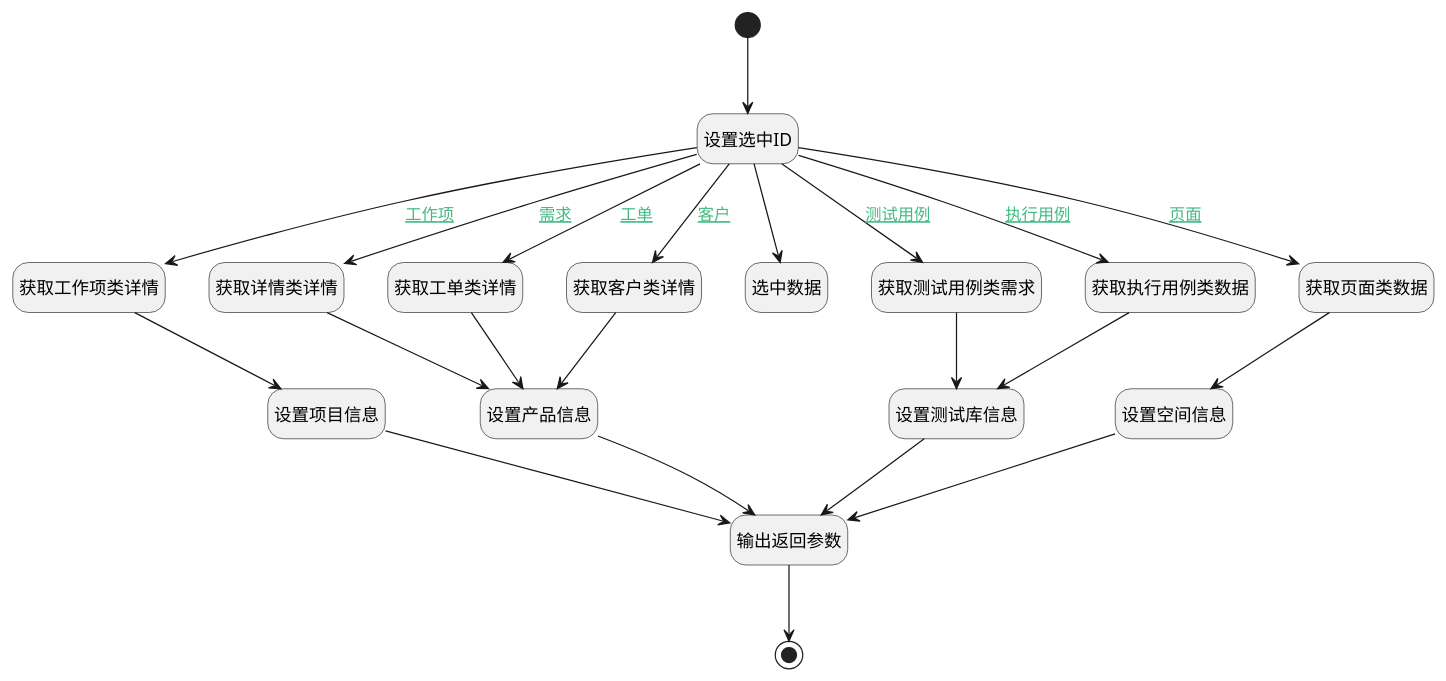
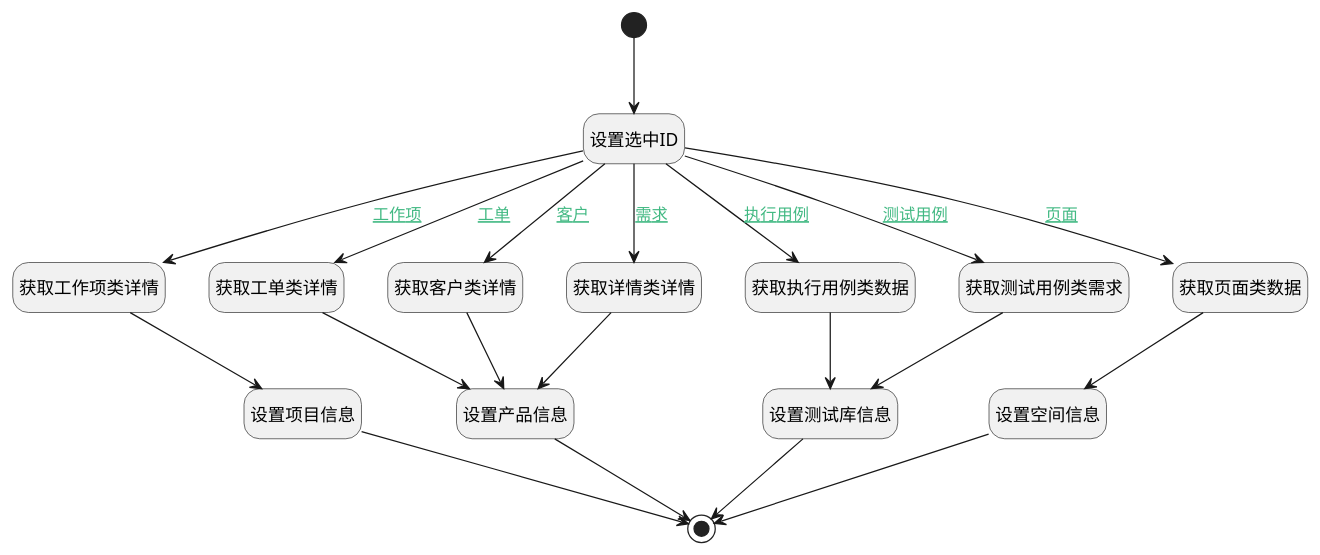
Before and after one commit to iBizLab/plm: the diagram in doc/docsify/module/Base/activity/logic/get_activity_obj_detail.md, drawn with PlantUML. The commit also changed other lines of this file and 1068 other files, not shown here.

````diff
--- a/doc/docsify/module/Base/activity/logic/get_activity_obj_detail.md
+++ b/doc/docsify/module/Base/activity/logic/get_activity_obj_detail.md
@@ -7,53 +7,49 @@
 ```plantuml
 @startuml
 hide empty description
 <style>
 root {
   HyperlinkColor #42b983
 }
 </style>
 
 hide empty description
 state "开始" as Begin <<start>> [[$./get_activity_obj_detail#begin {"开始"}]]
+state "获取详情类详情" as DEACTION2  [[$./get_activity_obj_detail#deaction2 {"获取详情类详情"}]]
 state "获取工作项类详情" as DEACTION1  [[$./get_activity_obj_detail#deaction1 {"获取工作项类详情"}]]
-state "获取详情类详情" as DEACTION2  [[$./get_activity_obj_detail#deaction2 {"获取详情类详情"}]]
 state "设置选中ID" as PREPAREPARAM1  [[$./get_activity_obj_detail#prepareparam1 {"设置选中ID"}]]
 state "获取工单类详情" as DEACTION3  [[$./get_activity_obj_detail#deaction3 {"获取工单类详情"}]]
+state "获取客户类详情" as DEACTION4  [[$./get_activity_obj_detail#deaction4 {"获取客户类详情"}]]
+state "获取测试用例类需求" as DEACTION5  [[$./get_activity_obj_detail#deaction5 {"获取测试用例类需求"}]]
+state "设置项目信息" as PREPAREPARAM2  [[$./get_activity_obj_detail#prepareparam2 {"设置项目信息"}]]
+state "设置产品信息" as PREPAREPARAM3  [[$./get_activity_obj_detail#prepareparam3 {"设置产品信息"}]]
 state "结束" as END1 <<end>> [[$./get_activity_obj_detail#end1 {"结束"}]]
-state "输出返回参数" as DEBUGPARAM4  [[$./get_activity_obj_detail#debugparam4 {"输出返回参数"}]]
-state "获取客户类详情" as DEACTION4  [[$./get_activity_obj_detail#deaction4 {"获取客户类详情"}]]
-state "选中数据" as DEBUGPARAM3  [[$./get_activity_obj_detail#debugparam3 {"选中数据"}]]
-state "获取测试用例类需求" as DEACTION5  [[$./get_activity_obj_detail#deaction5 {"获取测试用例类需求"}]]
+state "设置测试库信息" as PREPAREPARAM4  [[$./get_activity_obj_detail#prepareparam4 {"设置测试库信息"}]]
 state "获取执行用例类数据" as DEACTION6  [[$./get_activity_obj_detail#deaction6 {"获取执行用例类数据"}]]
 state "获取页面类数据" as DEACTION7  [[$./get_activity_obj_detail#deaction7 {"获取页面类数据"}]]
-state "设置项目信息" as PREPAREPARAM2  [[$./get_activity_obj_detail#prepareparam2 {"设置项目信息"}]]
-state "设置产品信息" as PREPAREPARAM3  [[$./get_activity_obj_detail#prepareparam3 {"设置产品信息"}]]
-state "设置测试库信息" as PREPAREPARAM4  [[$./get_activity_obj_detail#prepareparam4 {"设置测试库信息"}]]
 state "设置空间信息" as PREPAREPARAM5  [[$./get_activity_obj_detail#prepareparam5 {"设置空间信息"}]]
 
 
 Begin --> PREPAREPARAM1
-PREPAREPARAM1 --> DEBUGPARAM3
 PREPAREPARAM1 --> DEACTION1 : [[$./get_activity_obj_detail#prepareparam1-deaction1{工作项} 工作项]]
 DEACTION1 --> PREPAREPARAM2
-PREPAREPARAM2 --> DEBUGPARAM4
-DEBUGPARAM4 --> END1
+PREPAREPARAM2 --> END1
 PREPAREPARAM1 --> DEACTION2 : [[$./get_activity_obj_detail#prepareparam1-deaction2{需求} 需求]]
 DEACTION2 --> PREPAREPARAM3
-PREPAREPARAM3 --> DEBUGPARAM4
+PREPAREPARAM3 --> END1
 PREPAREPARAM1 --> DEACTION3 : [[$./get_activity_obj_detail#prepareparam1-deaction3{工单} 工单]]
 DEACTION3 --> PREPAREPARAM3
 PREPAREPARAM1 --> DEACTION4 : [[$./get_activity_obj_detail#prepareparam1-deaction4{客户} 客户]]
 DEACTION4 --> PREPAREPARAM3
 PREPAREPARAM1 --> DEACTION5 : [[$./get_activity_obj_detail#prepareparam1-deaction5{测试用例} 测试用例]]
 DEACTION5 --> PREPAREPARAM4
-PREPAREPARAM4 --> DEBUGPARAM4
+PREPAREPARAM4 --> END1
 PREPAREPARAM1 --> DEACTION6 : [[$./get_activity_obj_detail#prepareparam1-deaction6{执行用例} 执行用例]]
 DEACTION6 --> PREPAREPARAM4
 PREPAREPARAM1 --> DEACTION7 : [[$./get_activity_obj_detail#prepareparam1-deaction7{页面} 页面]]
 DEACTION7 --> PREPAREPARAM5
-PREPAREPARAM5 --> DEBUGPARAM4
+PREPAREPARAM5 --> END1
 
 
 @enduml
 ```
````
